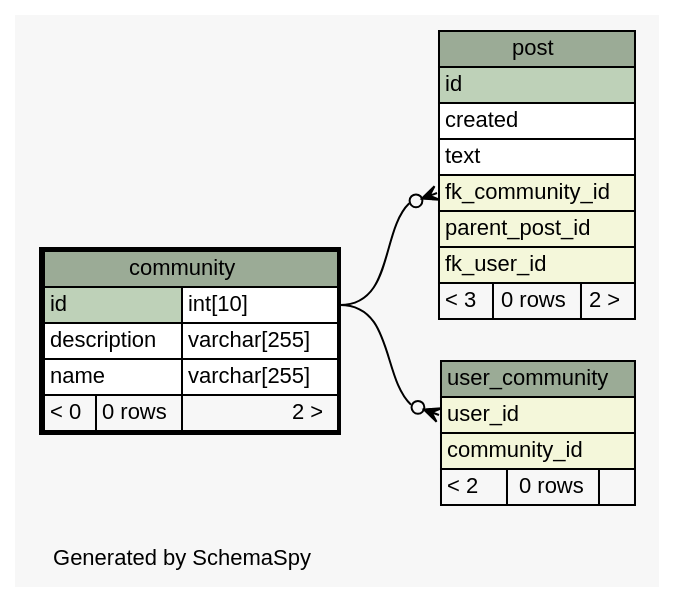
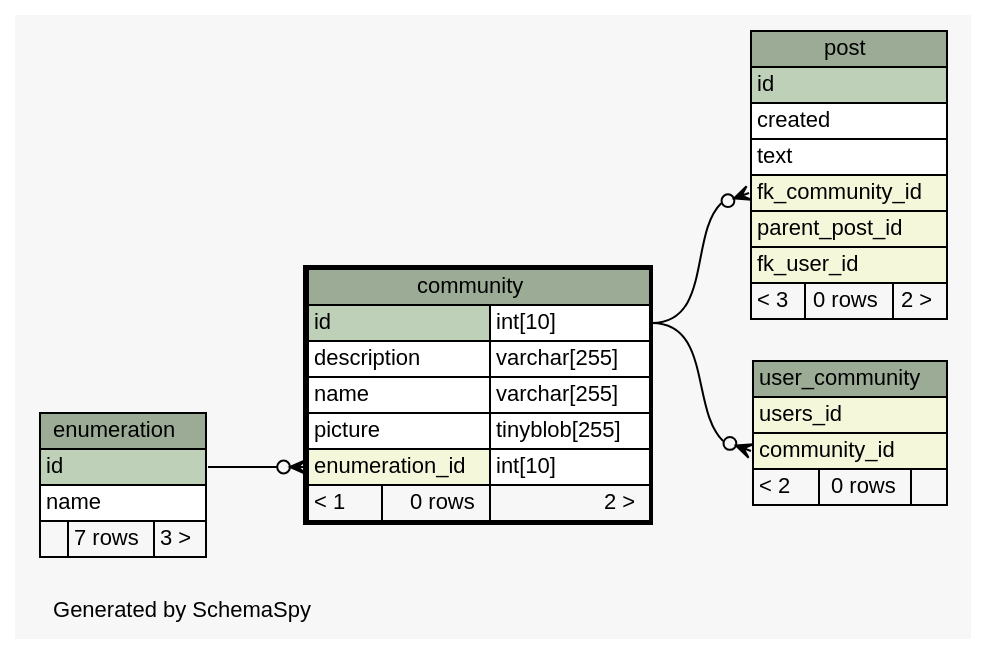
Before and after one commit to chr-krenn/chr-krenn-fhj-ws2017-sd17-pse: the diagram in doc/db_schema/diagrams/community.1degree.dot, drawn with Graphviz. The commit also changed 72 other files, not shown here.

```diff
--- a/doc/db_schema/diagrams/community.1degree.dot
+++ b/doc/db_schema/diagrams/community.1degree.dot
@@ -1,62 +1,76 @@
 // dot 2.40.1 on Linux 4.12.5-300.fc26.x86_64
 // SchemaSpy rev 590
 digraph "oneDegreeRelationshipsDiagram" {
   graph [
     rankdir="RL"
     bgcolor="#f7f7f7"
     label="\nGenerated by SchemaSpy"
     labeljust="l"
     nodesep="0.18"
     ranksep="0.46"
     fontname="Helvetica"
     fontsize="11"
   ];
   node [
     fontname="Helvetica"
     fontsize="11"
     shape="plaintext"
   ];
   edge [
     arrowsize="0.8"
   ];
+  "community":"enumeration_id":w -> "enumeration":"id":e [arrowhead=none dir=back arrowtail=crowodot];
   "post":"fk_community_id":w -> "community":"id.type":e [arrowhead=none dir=back arrowtail=crowodot];
-  "user_community":"user_id":w -> "community":"id.type":e [arrowhead=none dir=back arrowtail=crowodot];
+  "user_community":"community_id":w -> "community":"id.type":e [arrowhead=none dir=back arrowtail=crowodot];
   "community" [
     label=<
     <TABLE BORDER="2" CELLBORDER="1" CELLSPACING="0" BGCOLOR="#ffffff">
       <TR><TD COLSPAN="3" BGCOLOR="#9bab96" ALIGN="CENTER">community</TD></TR>
       <TR><TD PORT="id" COLSPAN="2" BGCOLOR="#bed1b8" ALIGN="LEFT">id</TD><TD PORT="id.type" ALIGN="LEFT">int[10]</TD></TR>
       <TR><TD PORT="description" COLSPAN="2" ALIGN="LEFT">description</TD><TD PORT="description.type" ALIGN="LEFT">varchar[255]</TD></TR>
       <TR><TD PORT="name" COLSPAN="2" ALIGN="LEFT">name</TD><TD PORT="name.type" ALIGN="LEFT">varchar[255]</TD></TR>
-      <TR><TD ALIGN="LEFT" BGCOLOR="#f7f7f7">&lt; 0</TD><TD ALIGN="RIGHT" BGCOLOR="#f7f7f7">0 rows</TD><TD ALIGN="RIGHT" BGCOLOR="#f7f7f7">2 &gt;</TD></TR>
+      <TR><TD PORT="picture" COLSPAN="2" ALIGN="LEFT">picture</TD><TD PORT="picture.type" ALIGN="LEFT">tinyblob[255]</TD></TR>
+      <TR><TD PORT="enumeration_id" COLSPAN="2" BGCOLOR="#f4f7da" ALIGN="LEFT">enumeration_id</TD><TD PORT="enumeration_id.type" ALIGN="LEFT">int[10]</TD></TR>
+      <TR><TD ALIGN="LEFT" BGCOLOR="#f7f7f7">&lt; 1</TD><TD ALIGN="RIGHT" BGCOLOR="#f7f7f7">0 rows</TD><TD ALIGN="RIGHT" BGCOLOR="#f7f7f7">2 &gt;</TD></TR>
     </TABLE>>
     URL="community.html"
     tooltip="community"
+  ];
+  "enumeration" [
+    label=<
+    <TABLE BORDER="0" CELLBORDER="1" CELLSPACING="0" BGCOLOR="#ffffff">
+      <TR><TD COLSPAN="3" BGCOLOR="#9bab96" ALIGN="CENTER">enumeration</TD></TR>
+      <TR><TD PORT="id" COLSPAN="3" BGCOLOR="#bed1b8" ALIGN="LEFT">id</TD></TR>
+      <TR><TD PORT="name" COLSPAN="3" ALIGN="LEFT">name</TD></TR>
+      <TR><TD ALIGN="LEFT" BGCOLOR="#f7f7f7">  </TD><TD ALIGN="RIGHT" BGCOLOR="#f7f7f7">7 rows</TD><TD ALIGN="RIGHT" BGCOLOR="#f7f7f7">3 &gt;</TD></TR>
+    </TABLE>>
+    URL="enumeration.html"
+    tooltip="enumeration"
   ];
   "post" [
     label=<
     <TABLE BORDER="0" CELLBORDER="1" CELLSPACING="0" BGCOLOR="#ffffff">
       <TR><TD COLSPAN="3" BGCOLOR="#9bab96" ALIGN="CENTER">post</TD></TR>
       <TR><TD PORT="id" COLSPAN="3" BGCOLOR="#bed1b8" ALIGN="LEFT">id</TD></TR>
       <TR><TD PORT="created" COLSPAN="3" ALIGN="LEFT">created</TD></TR>
       <TR><TD PORT="text" COLSPAN="3" ALIGN="LEFT">text</TD></TR>
       <TR><TD PORT="fk_community_id" COLSPAN="3" BGCOLOR="#f4f7da" ALIGN="LEFT">fk_community_id</TD></TR>
       <TR><TD PORT="parent_post_id" COLSPAN="3" BGCOLOR="#f4f7da" ALIGN="LEFT">parent_post_id</TD></TR>
       <TR><TD PORT="fk_user_id" COLSPAN="3" BGCOLOR="#f4f7da" ALIGN="LEFT">fk_user_id</TD></TR>
       <TR><TD ALIGN="LEFT" BGCOLOR="#f7f7f7">&lt; 3</TD><TD ALIGN="RIGHT" BGCOLOR="#f7f7f7">0 rows</TD><TD ALIGN="RIGHT" BGCOLOR="#f7f7f7">2 &gt;</TD></TR>
     </TABLE>>
     URL="post.html"
     tooltip="post"
   ];
   "user_community" [
     label=<
     <TABLE BORDER="0" CELLBORDER="1" CELLSPACING="0" BGCOLOR="#ffffff">
       <TR><TD COLSPAN="3" BGCOLOR="#9bab96" ALIGN="CENTER">user_community</TD></TR>
-      <TR><TD PORT="user_id" COLSPAN="3" BGCOLOR="#f4f7da" ALIGN="LEFT">user_id</TD></TR>
+      <TR><TD PORT="users_id" COLSPAN="3" BGCOLOR="#f4f7da" ALIGN="LEFT">users_id</TD></TR>
       <TR><TD PORT="community_id" COLSPAN="3" BGCOLOR="#f4f7da" ALIGN="LEFT">community_id</TD></TR>
       <TR><TD ALIGN="LEFT" BGCOLOR="#f7f7f7">&lt; 2</TD><TD ALIGN="RIGHT" BGCOLOR="#f7f7f7">0 rows</TD><TD ALIGN="RIGHT" BGCOLOR="#f7f7f7">  </TD></TR>
     </TABLE>>
     URL="user_community.html"
     tooltip="user_community"
   ];
 }
```
